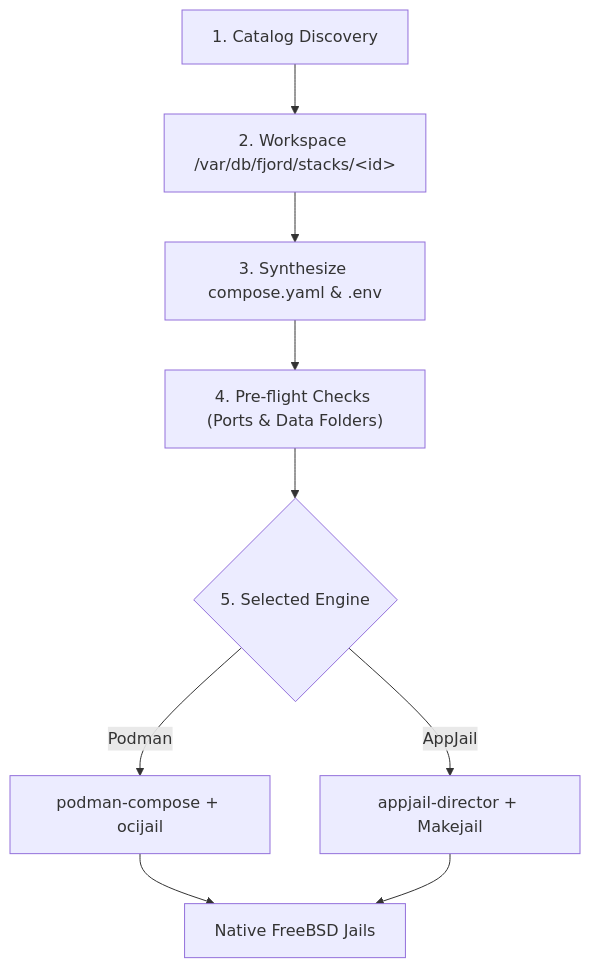
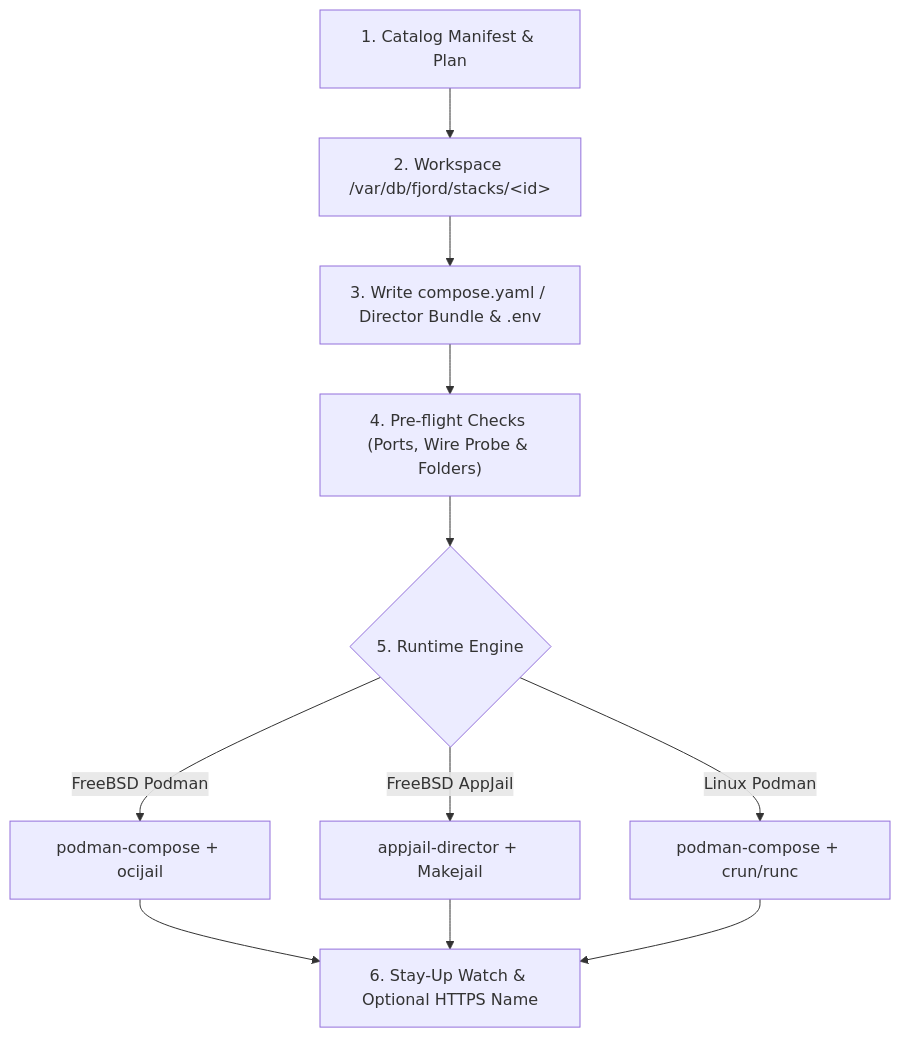
Before and after one commit to daemonless/fjord-daemonless-io: the diagram in docs/concepts.md, drawn with Mermaid. The commit also changed other lines of this file and 13 other files, not shown here.

````diff
--- a/docs/concepts.md
+++ b/docs/concepts.md
@@ -35,11 +31,13 @@
 ```mermaid
 flowchart TD
-    Catalog["1. Catalog Discovery"] --> Alloc["2. Workspace /var/db/fjord/stacks/&lt;id&gt;"]
-    Alloc --> Synth["3. Synthesize compose.yaml &amp; .env"]
-    Synth --> Preflight["4. Pre-flight Checks (Ports &amp; Data Folders)"]
-    Preflight --> Engine{"5. Selected Engine"}
-    Engine -->|Podman| Pod["podman-compose + ocijail"]
-    Engine -->|AppJail| App["appjail-director + Makejail"]
-    Pod --> Jails["Native FreeBSD Jails"]
-    App --> Jails
+    Catalog["1. Catalog Manifest &amp; Plan"] --> Alloc["2. Workspace /var/db/fjord/stacks/&lt;id&gt;"]
+    Alloc --> Synth["3. Write compose.yaml / Director Bundle &amp; .env"]
+    Synth --> Preflight["4. Pre-flight Checks (Ports, Wire Probe &amp; Folders)"]
+    Preflight --> Engine{"5. Runtime Engine"}
+    Engine -->|FreeBSD Podman| PodBSD["podman-compose + ocijail"]
+    Engine -->|FreeBSD AppJail| App["appjail-director + Makejail"]
+    Engine -->|Linux Podman| PodLin["podman-compose + crun/runc"]
+    PodBSD --> Watch["6. Stay-Up Watch &amp; Optional HTTPS Name"]
+    App --> Watch
+    PodLin --> Watch
 ```
````
